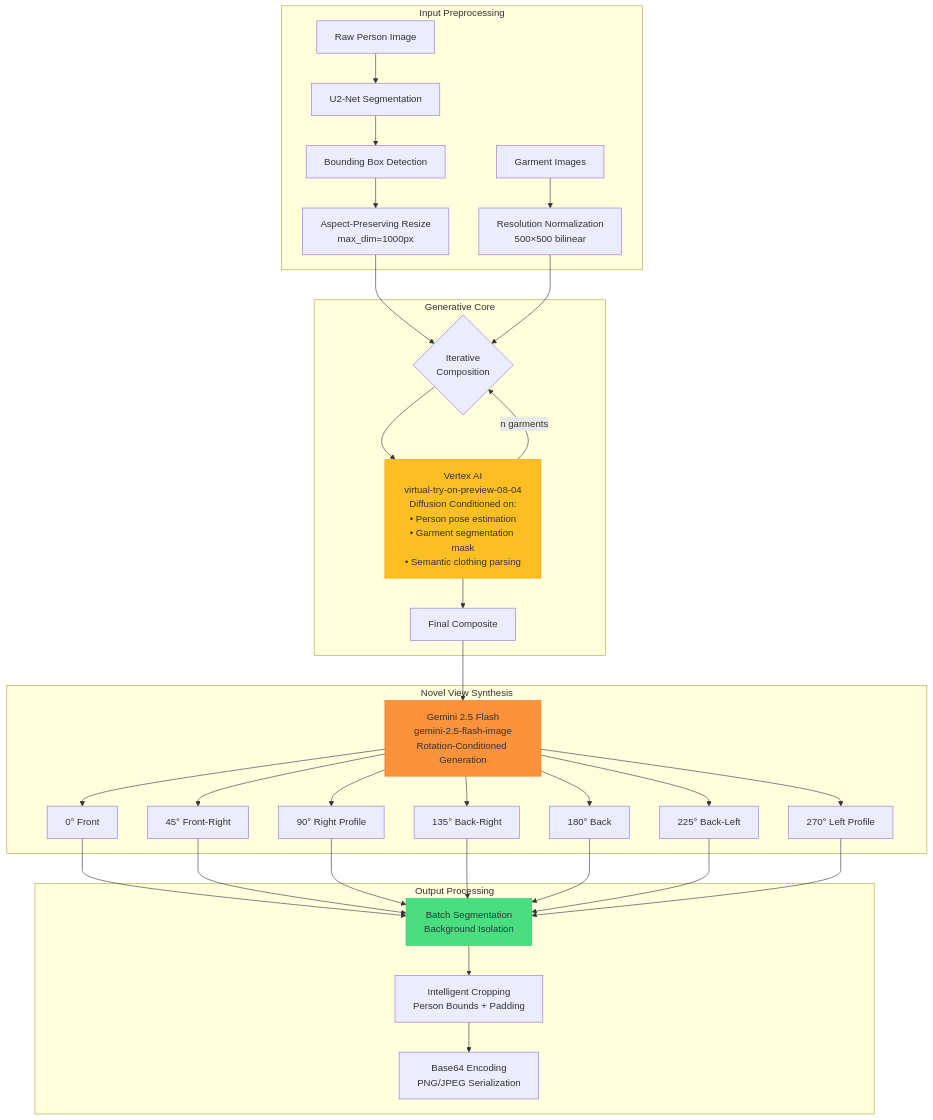
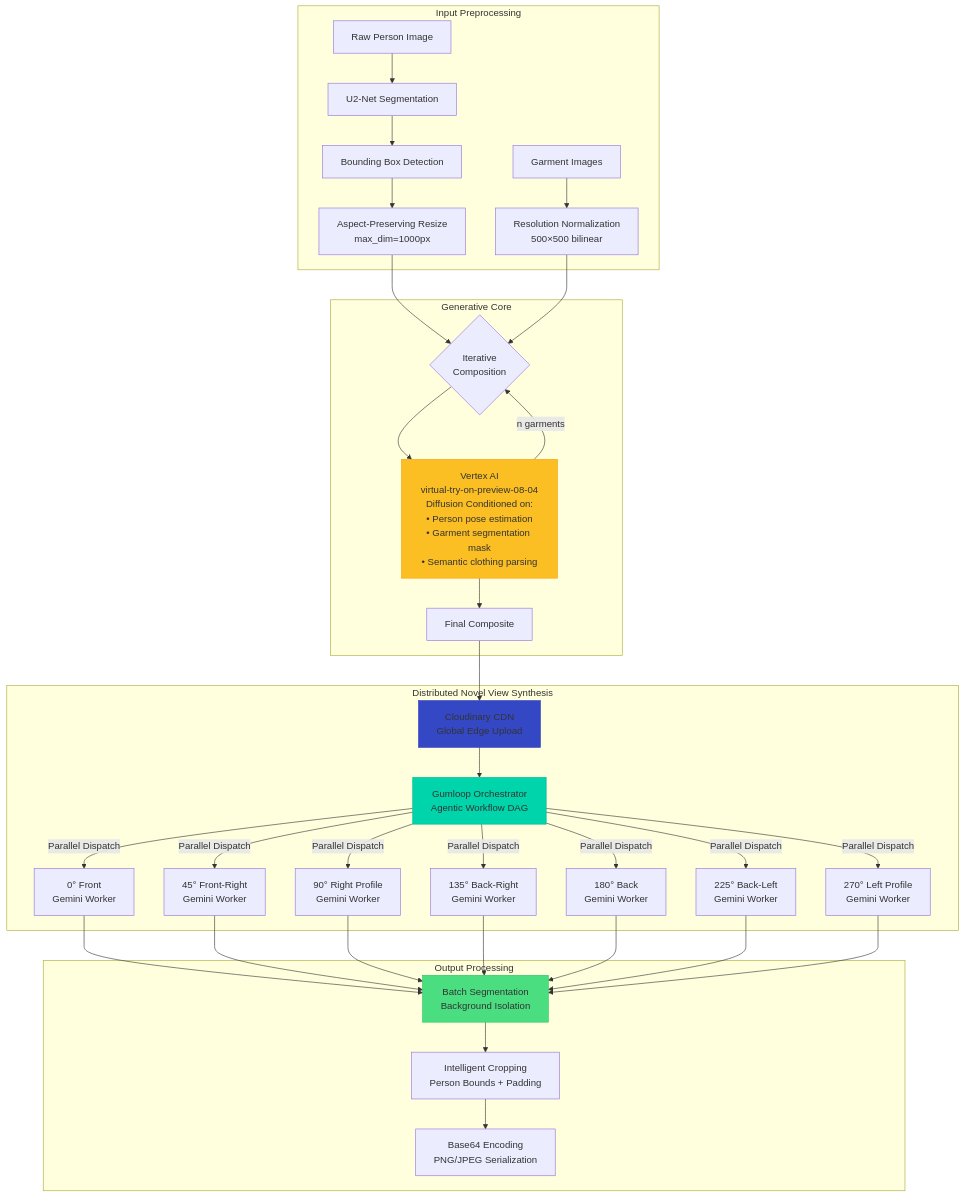
The third of 5 diagrams in README.md (AntoDono/McHacks2026), drawn with Mermaid before and after one commit. The commit also changed other lines of this file and 5 other files, not shown here.

````diff
--- a/README.md
+++ b/README.md
@@ -169,42 +190,44 @@
 ```mermaid
 flowchart TB
     subgraph "Input Preprocessing"
         I1[Raw Person Image] --> S1[U2-Net Segmentation]
         S1 --> C1[Bounding Box Detection]
         C1 --> R1[Aspect-Preserving Resize<br/>max_dim=1000px]
         
         I2[Garment Images] --> R2[Resolution Normalization<br/>500×500 bilinear]
     end
     
     subgraph "Generative Core"
         R1 --> COMPOSE{Iterative<br/>Composition}
         R2 --> COMPOSE
         
         COMPOSE --> VTX[Vertex AI<br/>virtual-try-on-preview-08-04<br/>Diffusion Conditioned on:<br/>• Person pose estimation<br/>• Garment segmentation mask<br/>• Semantic clothing parsing]
         
         VTX --> |n garments| COMPOSE
         VTX --> FINAL[Final Composite]
     end
     
-    subgraph "Novel View Synthesis"
-        FINAL --> MVS[Gemini 2.5 Flash<br/>gemini-2.5-flash-image<br/>Rotation-Conditioned Generation]
+    subgraph "Distributed Novel View Synthesis"
+        FINAL --> CDN2[Cloudinary CDN<br/>Global Edge Upload]
+        CDN2 --> GLOOP[Gumloop Orchestrator<br/>Agentic Workflow DAG]
         
-        MVS --> V0[0° Front]
-        MVS --> V1[45° Front-Right]
-        MVS --> V2[90° Right Profile]
-        MVS --> V3[135° Back-Right]
-        MVS --> V4[180° Back]
-        MVS --> V5[225° Back-Left]
-        MVS --> V6[270° Left Profile]
+        GLOOP --> |Parallel Dispatch| V0[0° Front<br/>Gemini Worker]
+        GLOOP --> |Parallel Dispatch| V1[45° Front-Right<br/>Gemini Worker]
+        GLOOP --> |Parallel Dispatch| V2[90° Right Profile<br/>Gemini Worker]
+        GLOOP --> |Parallel Dispatch| V3[135° Back-Right<br/>Gemini Worker]
+        GLOOP --> |Parallel Dispatch| V4[180° Back<br/>Gemini Worker]
+        GLOOP --> |Parallel Dispatch| V5[225° Back-Left<br/>Gemini Worker]
+        GLOOP --> |Parallel Dispatch| V6[270° Left Profile<br/>Gemini Worker]
     end
     
     subgraph "Output Processing"
         V0 & V1 & V2 & V3 & V4 & V5 & V6 --> SEG2[Batch Segmentation<br/>Background Isolation]
         SEG2 --> CROP[Intelligent Cropping<br/>Person Bounds + Padding]
         CROP --> ENC[Base64 Encoding<br/>PNG/JPEG Serialization]
     end
     
     style VTX fill:#fbbf24,stroke:#f59e0b
-    style MVS fill:#fb923c,stroke:#f97316
+    style CDN2 fill:#3448c5,stroke:#2d3cb8
+    style GLOOP fill:#00d4aa,stroke:#00b894
     style SEG2 fill:#4ade80,stroke:#22c55e
 ```
````
